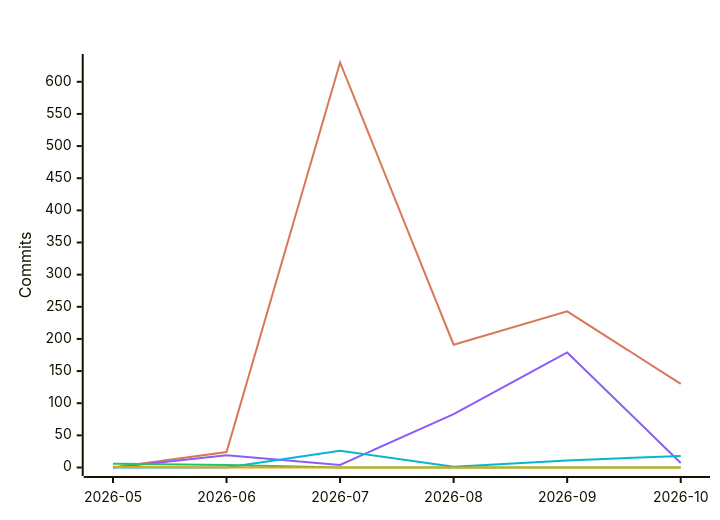
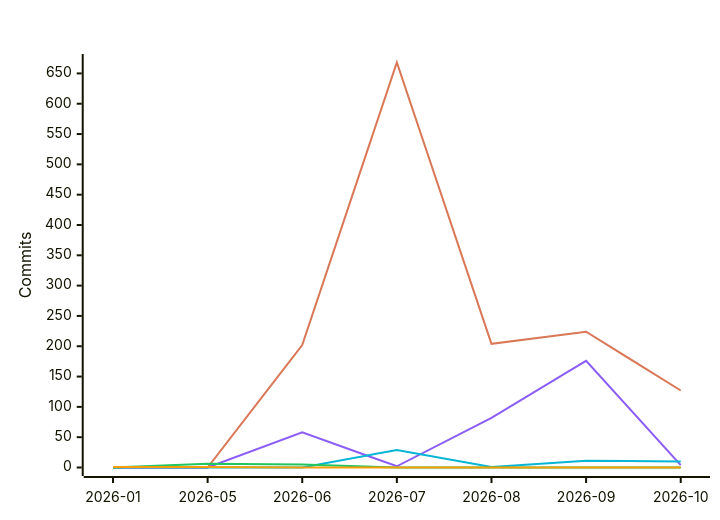
The fifth of 7 diagrams in README.md (polo-nyan/polo-nyan), drawn with Mermaid before and after one commit. The commit also changed other lines of this file and 1 other file, not shown here.

````diff
--- a/README.md
+++ b/README.md
@@ -313,12 +313,12 @@
 ```mermaid
 %%{init: {"xyChart": {"titleColor": "#ffffff", "xAxisLabelColor": "#ffffff", "yAxisLabelColor": "#ffffff"}, "themeVariables": {"xyChart": {"titleColor": "#ffffff", "plotColorPalette": "#d97757, #8b5cf6, #06b6d4, #22c55e, #f59e0b, #ec4899"}}}}%%
 xychart-beta
     title "Commits Per Month by Model Family"
-    x-axis ["2026-05", "2026-06", "2026-07", "2026-08", "2026-09", "2026-10"]
+    x-axis ["2026-01", "2026-05", "2026-06", "2026-07", "2026-08", "2026-09", "2026-10"]
     y-axis "Commits"
-    line [0, 24, 630, 191, 243, 130]
-    line [0, 19, 4, 83, 179, 7]
-    line [0, 0, 26, 1, 11, 18]
-    line [6, 4, 0, 0, 0, 0]
-    line [1, 0, 0, 0, 0, 0]
+    line [0, 0, 202, 668, 204, 224, 127]
+    line [0, 0, 58, 2, 82, 176, 4]
+    line [0, 0, 0, 29, 1, 11, 10]
+    line [0, 6, 5, 0, 0, 0, 0]
+    line [1, 1, 0, 0, 0, 0, 0]
 ```
````
